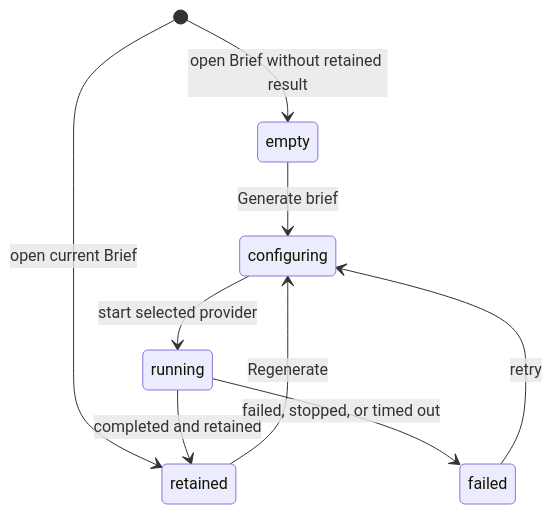
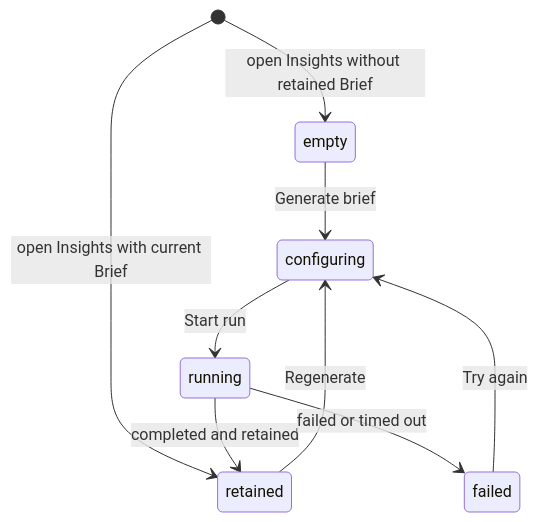
One commit to kwanpham2195/patchdesk changed the diagram in docs/product-description/review-workbench/brief.md. Above: the diagram before and after it, drawn with Mermaid. The commit also changed other lines of this file and 3 other files, not shown here.

````diff
--- a/docs/product-description/review-workbench/brief.md
+++ b/docs/product-description/review-workbench/brief.md
@@ -13,11 +13,11 @@
 ```mermaid
 stateDiagram-v2
-    [*] --> empty : open Brief without retained result
-    [*] --> retained : open current Brief
+    [*] --> empty : open Insights without retained Brief
+    [*] --> retained : open Insights with current Brief
     empty --> configuring : Generate brief
     retained --> configuring : Regenerate
-    configuring --> running : start selected provider
+    configuring --> running : Start run
     running --> retained : completed and retained
-    running --> failed : failed, stopped, or timed out
-    failed --> configuring : retry
+    running --> failed : failed or timed out
+    failed --> configuring : Try again
 ```
````
